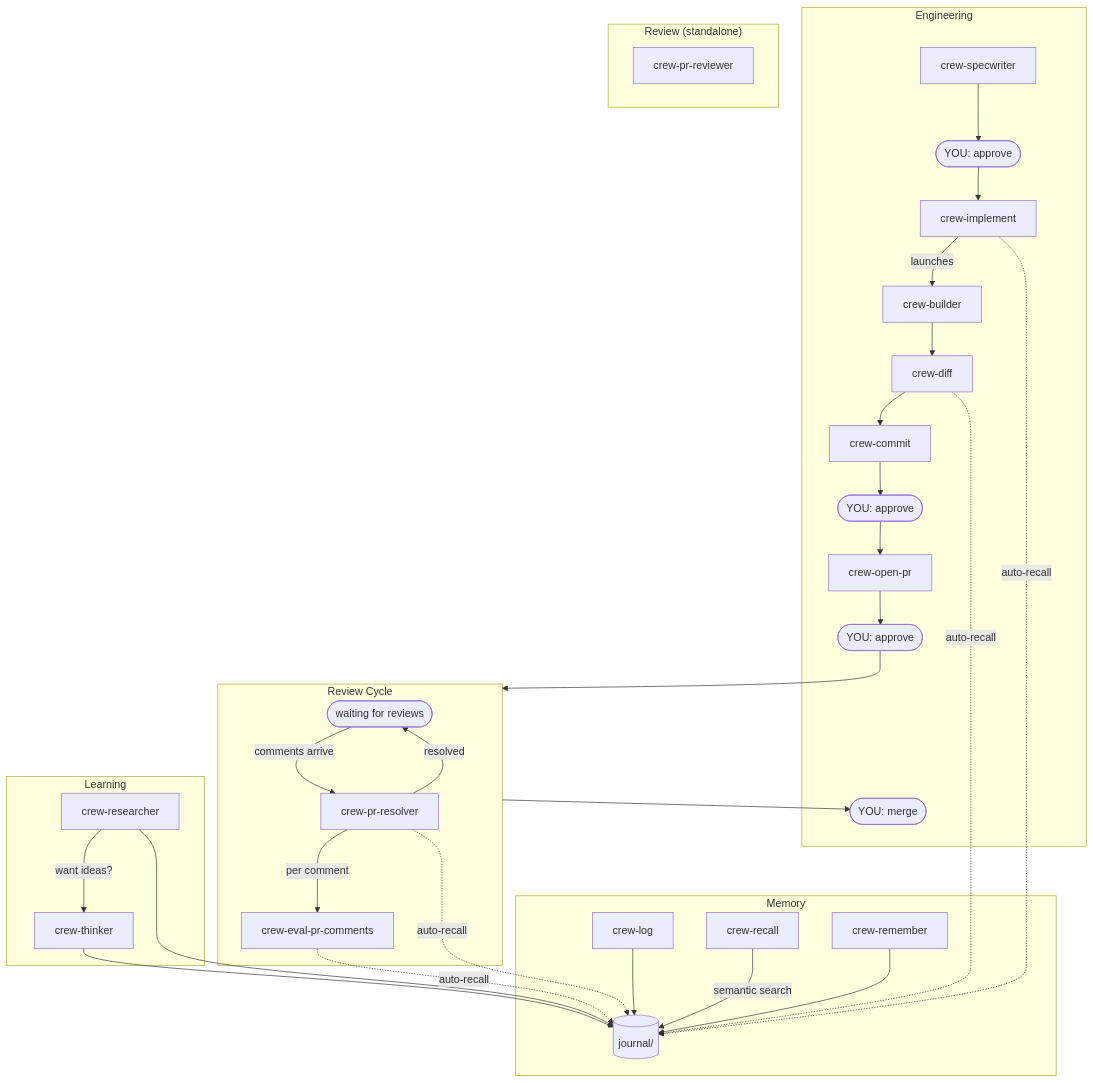
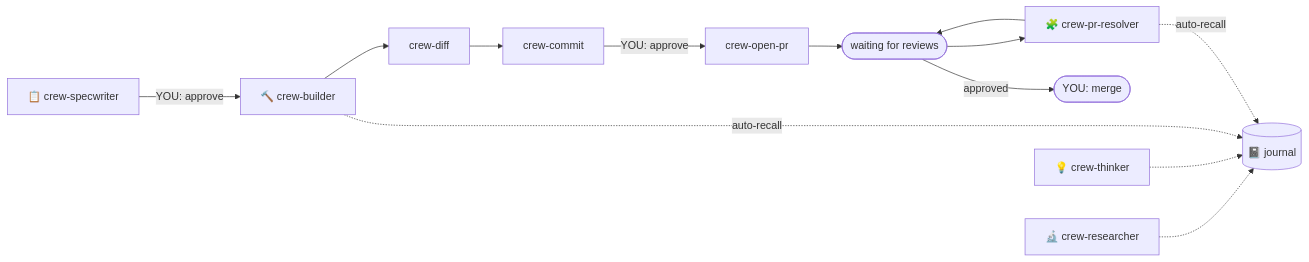
The diagram in README.md (crespocarlos/el-capitan), drawn with Mermaid before and after one commit. The commit also changed other lines of this file, not shown here.

Commit message:
docs(readme): redesign crew section and simplify diagram
Made-with: Cursor

````diff
--- a/README.md
+++ b/README.md
@@ -51,57 +51,15 @@
 ```mermaid
-flowchart TD
-    subgraph engineering ["Engineering"]
-        spec["crew-specwriter"]
-        approve(["YOU: approve"])
-        implement["crew-implement"]
-        builder["crew-builder"]
-        implement -->|"launches"| builder
-        diff["crew-diff"]
-        commit["crew-commit"]
-        approveCommit(["YOU: approve"])
-        openpr["crew-open-pr"]
-        approvePR(["YOU: approve"])
-        merge(["YOU: merge"])
-    end
+flowchart LR
+    spec["📋 crew-specwriter"] -->|"YOU: approve"| build["🔨 crew-builder"]
+    build --> diff["crew-diff"] --> commit["crew-commit"]
+    commit -->|"YOU: approve"| pr["crew-open-pr"]
+    pr --> review(["waiting for reviews"])
+    review --> resolve["🧩 crew-pr-resolver"]
+    resolve --> review
+    review -->|"approved"| merge(["YOU: merge"])
 
-    subgraph reviewCycle ["Review Cycle"]
-        waiting(["waiting for reviews"])
-        resolver["crew-pr-resolver"]
-        eval["crew-eval-pr-comments"]
-        waiting -->|"comments arrive"| resolver
-        resolver -->|"per comment"| eval
-        resolver -->|"resolved"| waiting
-    end
-
-    subgraph review ["Review (standalone)"]
-        prreview["crew-pr-reviewer"]
-    end
-
-    subgraph learning ["Learning"]
-        researcher["crew-researcher"]
-        thinker["crew-thinker"]
-        researcher -->|"want ideas?"| thinker
-    end
-
-    subgraph memory ["Memory"]
-        log["crew-log"]
-        recall["crew-recall"]
-        remember["crew-remember"]
-        journalFiles[("journal/")]
-    end
-
-    spec --> approve --> implement
-    builder --> diff --> commit
-    commit --> approveCommit --> openpr
-    openpr --> approvePR --> reviewCycle --> merge
-
-    log --> journalFiles
-    researcher --> journalFiles
-    thinker --> journalFiles
-    recall -->|"semantic search"| journalFiles
-    remember --> journalFiles
-    implement -.->|"auto-recall"| journalFiles
-    diff -.->|"auto-recall"| journalFiles
-    resolver -.->|"auto-recall"| journalFiles
-    eval -.->|"auto-recall"| journalFiles
+    research["🔬 crew-researcher"] -.-> journal[("📓 journal")]
+    think["💡 crew-thinker"] -.-> journal
+    build -.->|"auto-recall"| journal
+    resolve -.->|"auto-recall"| journal
 ```
````
